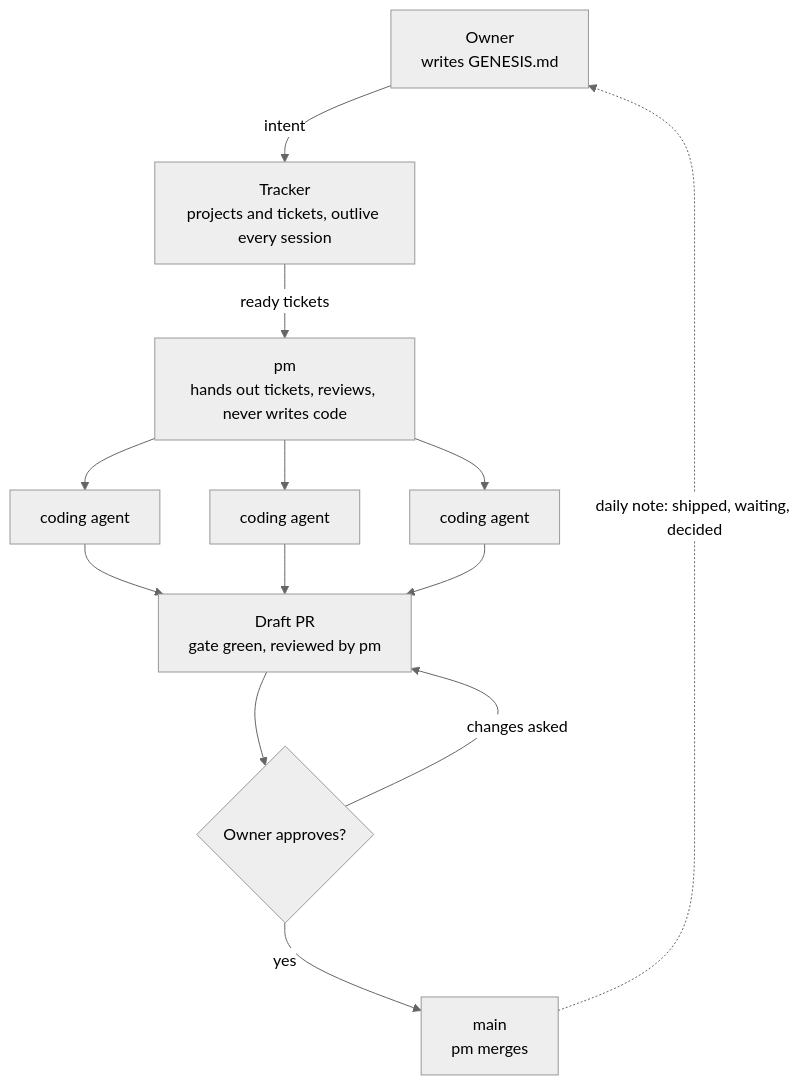
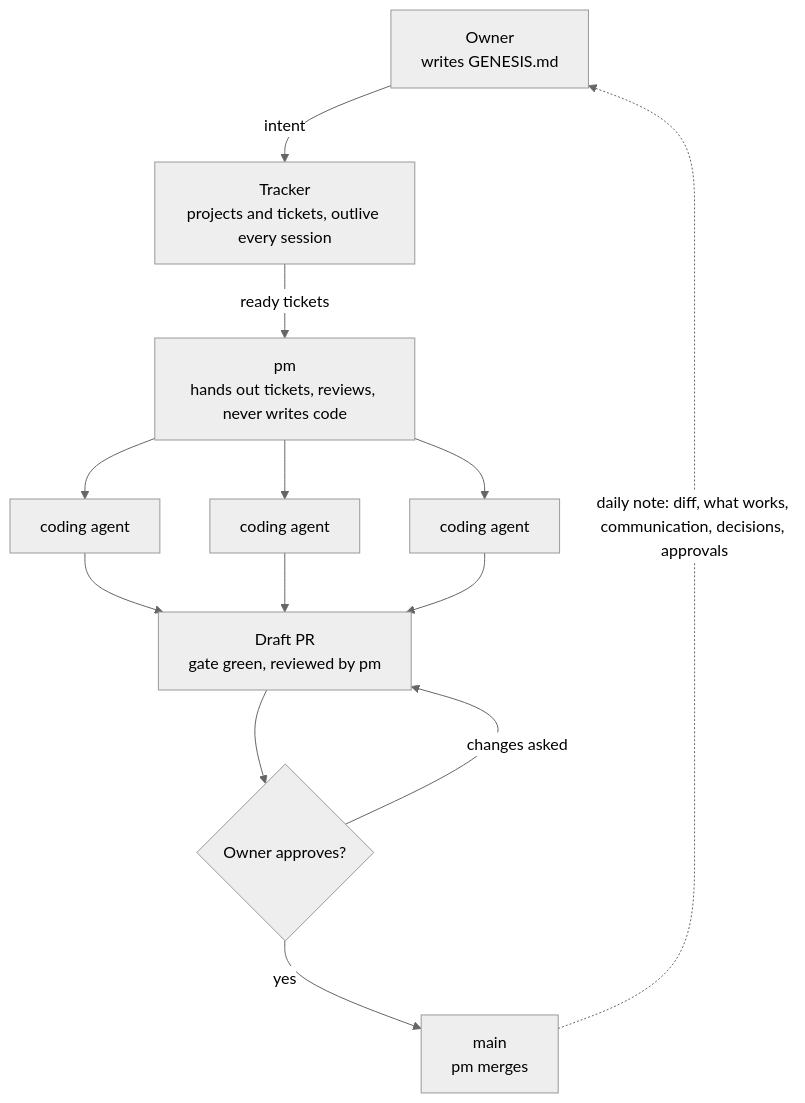
The diagram in factory/FACTORY.md (nocentraldb/nocentraldb), drawn with Mermaid (neutral theme) before and after one commit. The commit also changed 2 other files, not shown here.

Commit message:
pm: the daily note leads with the diff on main, what works, communication, then the owner's decisions and approvals
Claude-Session: https://claude.ai/code/session_01QSAQLrzS8Mwz2aPRKfmrhF

````diff
--- a/factory/FACTORY.md
+++ b/factory/FACTORY.md
@@ -9,15 +9,15 @@
 ```mermaid
 flowchart TD
     source["Owner<br/>writes GENESIS.md"] -->|intent| sink["Tracker<br/>projects and tickets, outlive every session"]
     sink -->|ready tickets| gate["pm<br/>hands out tickets, reviews, never writes code"]
     gate --> a1[coding agent]
     gate --> a2[coding agent]
     gate --> a3[coding agent]
     a1 --> pr["Draft PR<br/>gate green, reviewed by pm"]
     a2 --> pr
     a3 --> pr
     pr --> approve{Owner approves?}
     approve -->|changes asked| pr
     approve -->|yes| main["main<br/>pm merges"]
-    main -.->|"daily note: shipped, waiting, decided"| source
+    main -.->|"daily note: diff, what works, communication, decisions, approvals"| source
 ```
````
